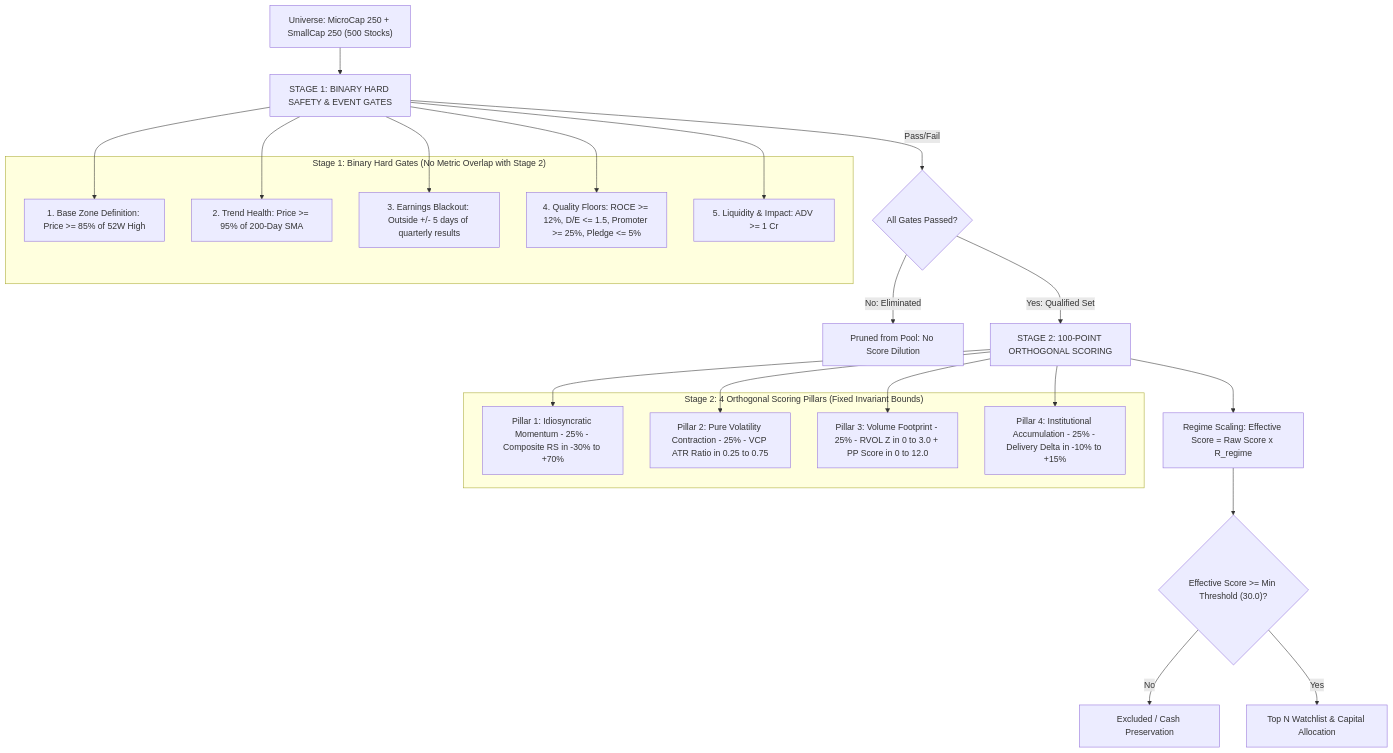
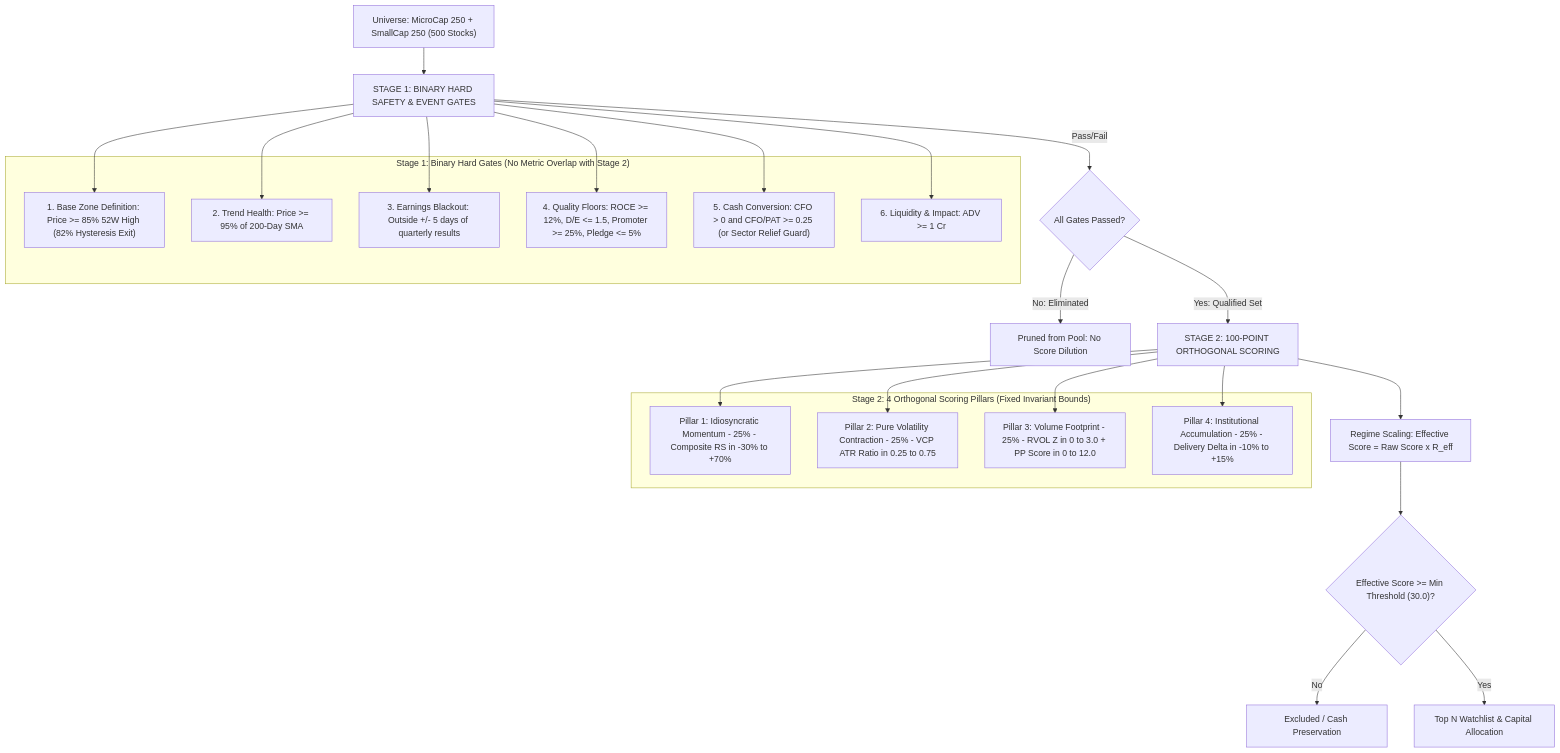
Before and after one commit to raghavkgarg/mycase: the first of 2 diagrams in docs/book/1-20-strategy-early-multibagger.md, drawn with Mermaid. The commit also changed other lines of this file and 31 other files, not shown here.

````diff
--- a/docs/book/1-20-strategy-early-multibagger.md
+++ b/docs/book/1-20-strategy-early-multibagger.md
@@ -20,37 +21,39 @@
 ```mermaid
 graph TD
     A["Universe: MicroCap 250 + SmallCap 250 (500 Stocks)"] --> B["STAGE 1: BINARY HARD SAFETY & EVENT GATES"]
     B -->|Pass/Fail| C{"All Gates Passed?"}
     C -->|No: Eliminated| D["Pruned from Pool: No Score Dilution"]
     C -->|Yes: Qualified Set| E["STAGE 2: 100-POINT ORTHOGONAL SCORING"]
-    E --> F["Regime Scaling: Effective Score = Raw Score x R_regime"]
+    E --> F["Regime Scaling: Effective Score = Raw Score x R_eff"]
     F --> G{"Effective Score >= Min Threshold (30.0)?"}
     G -->|No| H["Excluded / Cash Preservation"]
     G -->|Yes| I["Top N Watchlist & Capital Allocation"]
 
     subgraph "Stage 1: Binary Hard Gates (No Metric Overlap with Stage 2)"
-    B1["1. Base Zone Definition: Price >= 85% of 52W High"]
+    B1["1. Base Zone Definition: Price >= 85% 52W High (82% Hysteresis Exit)"]
     B2["2. Trend Health: Price >= 95% of 200-Day SMA"]
     B3["3. Earnings Blackout: Outside +/- 5 days of quarterly results"]
     B4["4. Quality Floors: ROCE >= 12%, D/E <= 1.5, Promoter >= 25%, Pledge <= 5%"]
-    B5["5. Liquidity & Impact: ADV >= 1 Cr"]
+    B5["5. Cash Conversion: CFO > 0 and CFO/PAT >= 0.25 (or Sector Relief Guard)"]
+    B6["6. Liquidity & Impact: ADV >= 1 Cr"]
     end
 
     subgraph "Stage 2: 4 Orthogonal Scoring Pillars (Fixed Invariant Bounds)"
     E1["Pillar 1: Idiosyncratic Momentum - 25% - Composite RS in -30% to +70%"]
     E2["Pillar 2: Pure Volatility Contraction - 25% - VCP ATR Ratio in 0.25 to 0.75"]
     E3["Pillar 3: Volume Footprint - 25% - RVOL Z in 0 to 3.0 + PP Score in 0 to 12.0"]
     E4["Pillar 4: Institutional Accumulation - 25% - Delivery Delta in -10% to +15%"]
     end
 
     B --> B1
     B --> B2
     B --> B3
     B --> B4
     B --> B5
+    B --> B6
 
     E --> E1
     E --> E2
     E --> E3
     E --> E4
 ```
````
